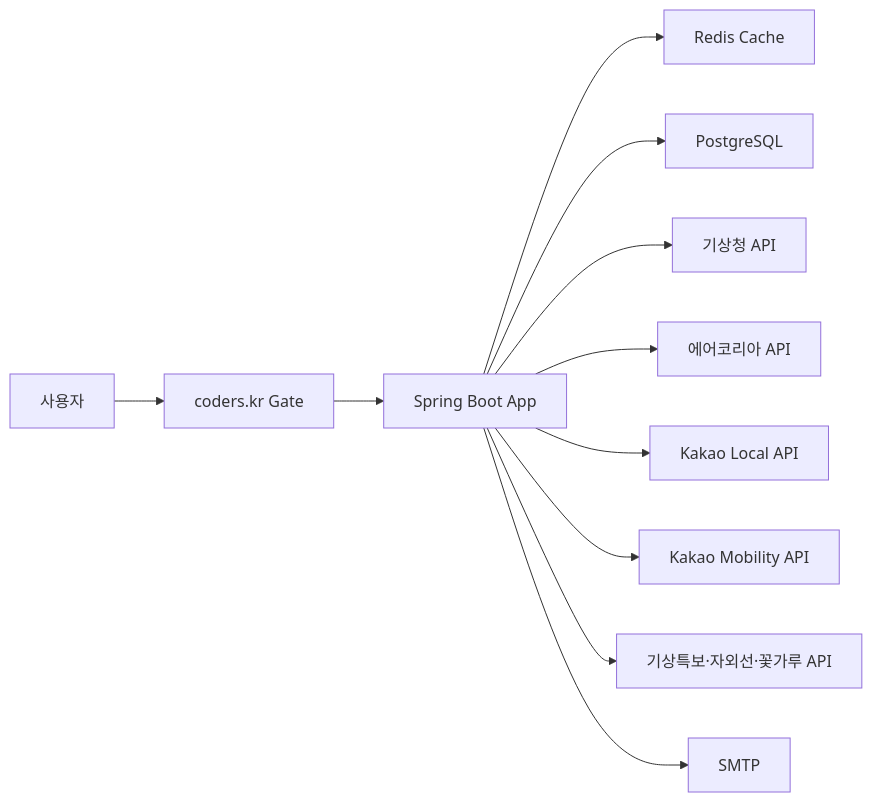
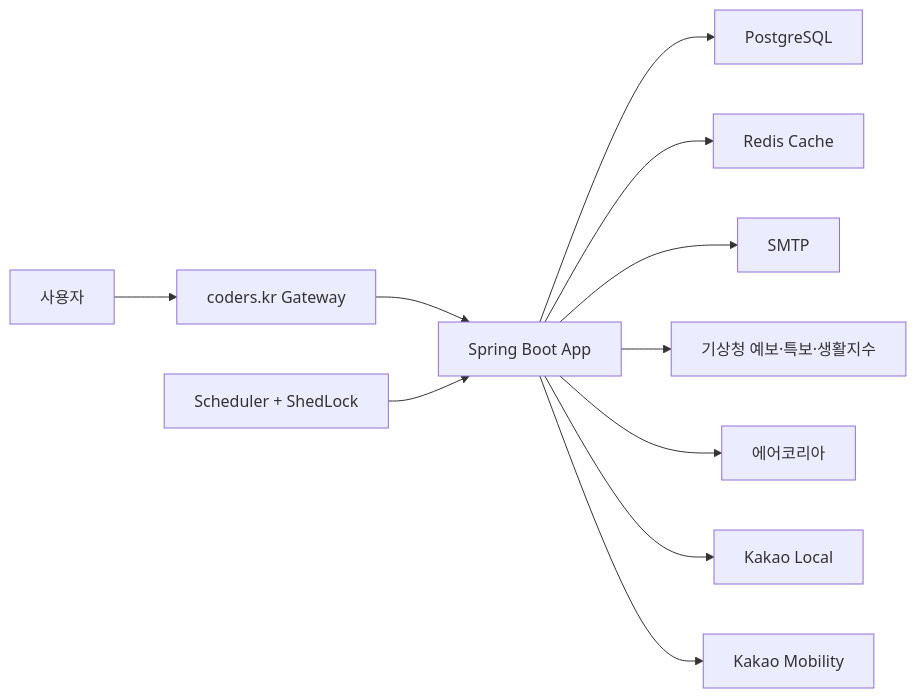
The second of 2 diagrams in README.md (boclair98/Weather), drawn with Mermaid before and after one commit. The commit also changed other lines of this file and 2 other files, not shown here.

````diff
--- a/README.md
+++ b/README.md
@@ -144,13 +148,16 @@
 ```mermaid
 flowchart LR
-    U["사용자"] --> G["coders.kr Gate"]
+    U["사용자"] --> G["coders.kr Gateway"]
     G --> A["Spring Boot App"]
-    A --> R["Redis Cache"]
-    A --> D["PostgreSQL"]
-    A --> K["기상청 API"]
-    A --> Q["에어코리아 API"]
-    A --> L["Kakao Local API"]
-    A --> N["Kakao Mobility API"]
-    A --> S["기상특보·자외선·꽃가루 API"]
-    A --> M["SMTP"]
+
+    A --> DB["PostgreSQL"]
+    A --> RC["Redis Cache"]
+    A --> SMTP["SMTP"]
+
+    A --> KMA["기상청 예보·특보·생활지수"]
+    A --> AIR["에어코리아"]
+    A --> KL["Kakao Local"]
+    A --> KM["Kakao Mobility"]
+
+    SCH["Scheduler + ShedLock"] --> A
 ```
````
